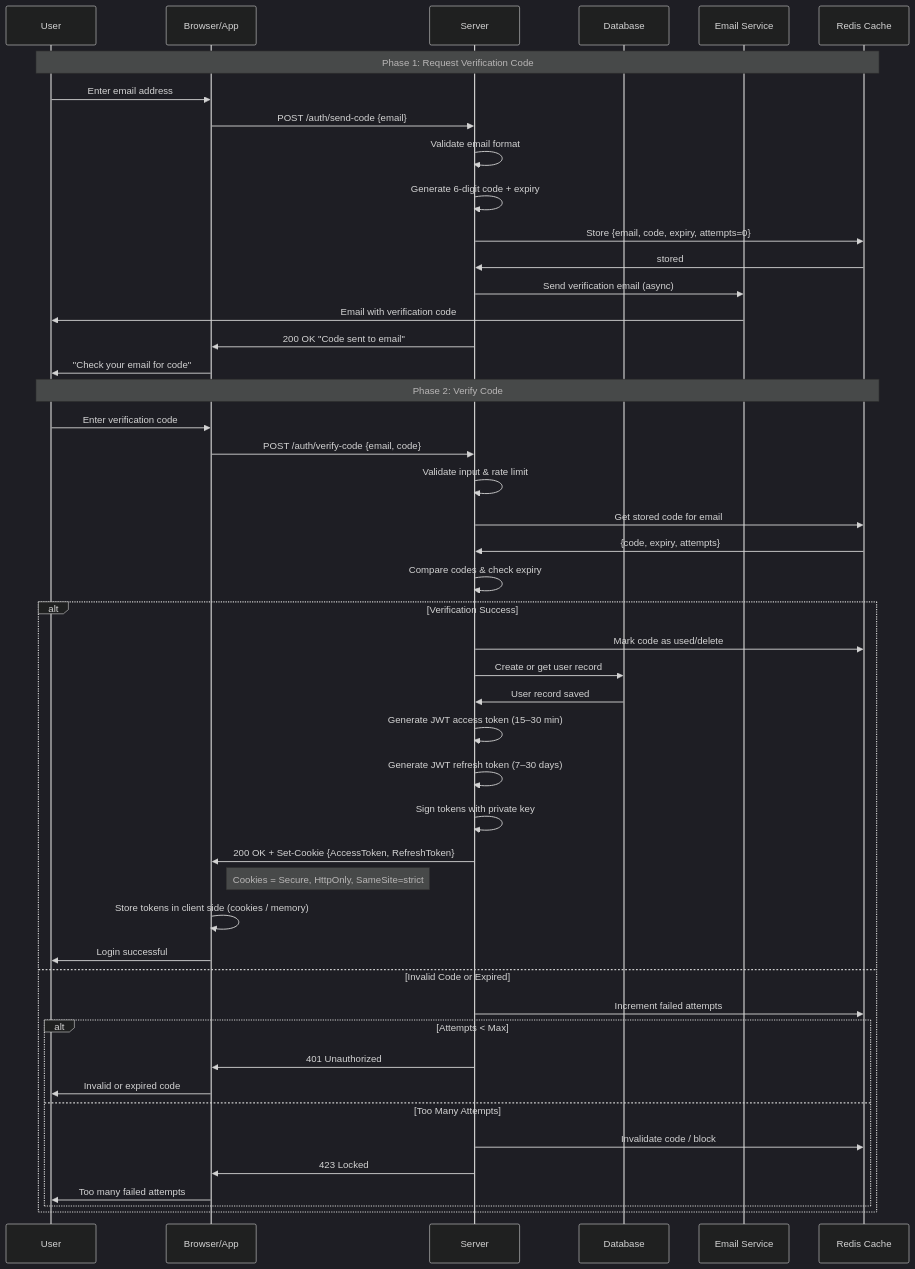
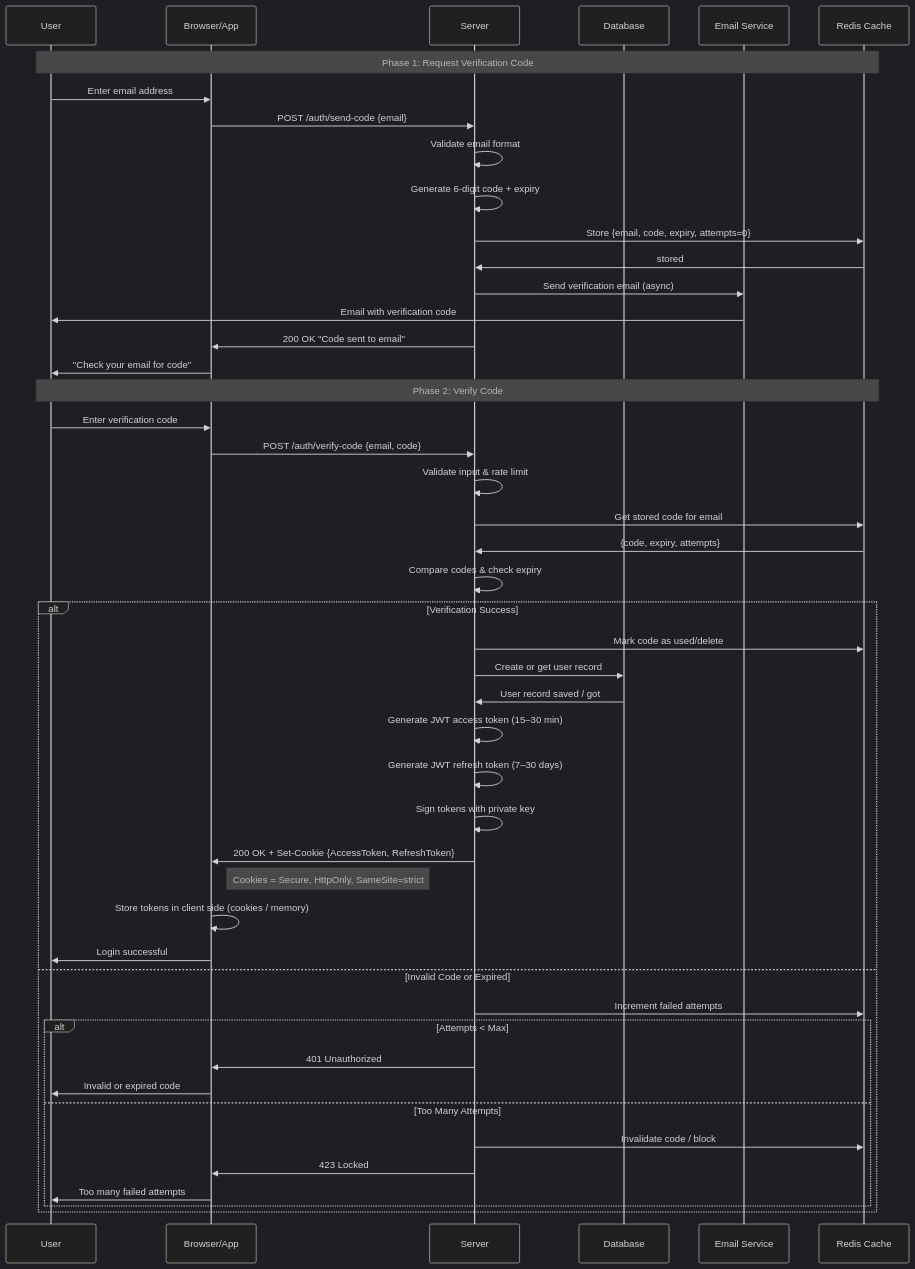
The second of 4 diagrams in authentication-flows.md (randa-magdy/authn-authz-system-design), drawn with Mermaid (dark theme) before and after one commit.

````diff
--- a/authentication-flows.md
+++ b/authentication-flows.md
@@ -116,57 +116,57 @@
 ```mermaid
 sequenceDiagram
     participant U as User
     participant B as Browser/App
     participant S as Server
     participant DB as Database
     participant ES as Email Service
     participant Cache as Redis Cache
 
     Note over U,Cache: Phase 1: Request Verification Code
     U->>B: Enter email address
     B->>S: POST /auth/send-code {email}
     
     S->>S: Validate email format
     S->>S: Generate 6-digit code + expiry
     S->>Cache: Store {email, code, expiry, attempts=0}
     Cache->>S: stored
     
     S->>ES: Send verification email (async)
     ES->>U: Email with verification code
     
     S->>B: 200 OK "Code sent to email"
     B->>U: "Check your email for code"
 
     Note over U,Cache: Phase 2: Verify Code
     U->>B: Enter verification code
     B->>S: POST /auth/verify-code {email, code}
     
     S->>S: Validate input & rate limit
     S->>Cache: Get stored code for email
     Cache->>S: {code, expiry, attempts}
     
     S->>S: Compare codes & check expiry
     
     alt Verification Success
         S->>Cache: Mark code as used/delete
         S->>DB: Create or get user record
-        DB->>S: User record saved
+        DB->>S: User record saved / got
         S->>S: Generate JWT access token (15–30 min)
         S->>S: Generate JWT refresh token (7–30 days)
         S->>S: Sign tokens with private key
         S->>B: 200 OK + Set-Cookie {AccessToken, RefreshToken}
         Note right of B: Cookies = Secure, HttpOnly, SameSite=strict
         B->>B: Store tokens in client side (cookies / memory)
         B->>U: Login successful
     else Invalid Code or Expired
         S->>Cache: Increment failed attempts
         alt Attempts < Max
             S->>B: 401 Unauthorized
             B->>U: Invalid or expired code
         else Too Many Attempts
             S->>Cache: Invalidate code / block
             S->>B: 423 Locked
             B->>U: Too many failed attempts
         end
     end
 ```
````
